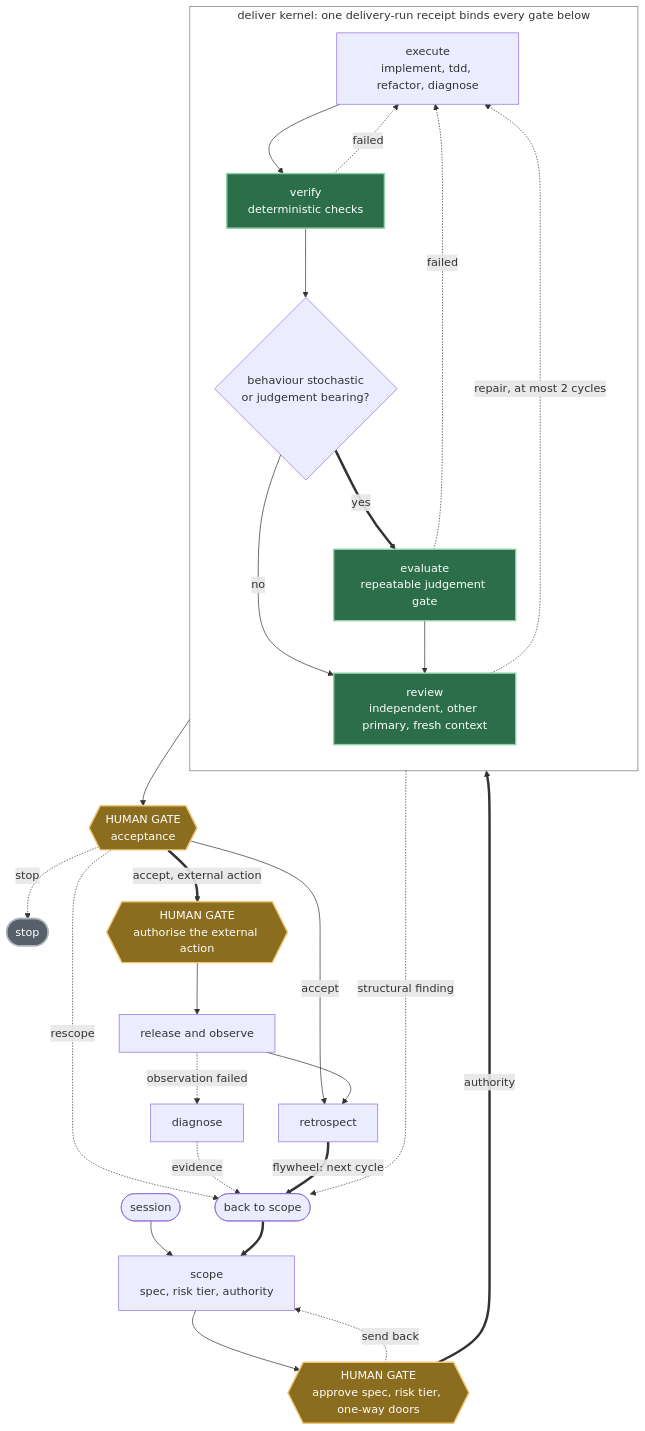
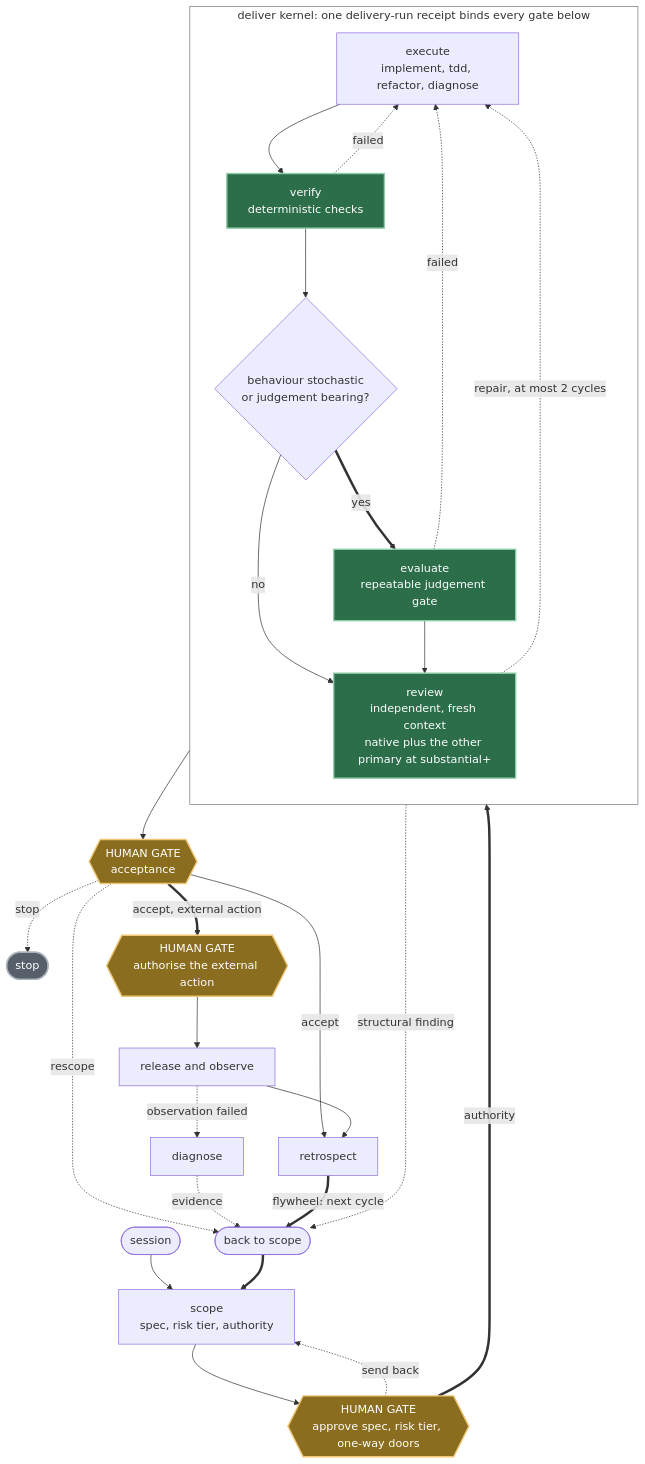
One commit to mblauberg/agent-harness changed the first of 3 diagrams in docs/ARCHITECTURE.md. Above: the diagram before and after it, drawn with Mermaid. The commit also changed other lines of this file and 5 other files, not shown here.

First line of the commit message:
fix: close independent-review findings on the README overhaul

````diff
--- a/docs/ARCHITECTURE.md
+++ b/docs/ARCHITECTURE.md
@@ -40,43 +44,43 @@
 ```mermaid
 flowchart TB
     accTitle: The full delivery lifecycle and its three human gates
-    accDescr: Session prepares context and scope produces the specification, risk tier and authority. A human gate approves the specification or sends it back to scope. Inside the deliver kernel, execute runs implement, tdd, refactor or diagnose, then deterministic verification runs, then a separate conditional evaluate gate runs only when behaviour is stochastic or judgement bearing, then an independent review by the other primary in a fresh context. A failed check or a blocking finding returns to execute for at most two repair cycles. The human acceptance gate accepts, rescopes or stops. Any external action needs a separate human authorisation before release and observation. A failed observation opens diagnose. Every path that returns work to scope, a structural review finding, a rescope at the acceptance gate, diagnostic evidence and the retrospect flywheel, converges on one back-to-scope collector rather than five separate return edges.
+    accDescr: Session prepares context and scope produces the specification, risk tier and authority. A human gate approves the specification or sends it back to scope. Inside the deliver kernel, execute runs implement, tdd, refactor or diagnose, then deterministic verification runs, then a separate conditional evaluate gate runs only when behaviour is stochastic or judgement bearing, then an independent review in a fresh context that never authored the work. Review pressure scales with risk: routine work needs only the chair and its native checks, while substantial and above owe both a fresh native reviewer and the other primary family. A failed check or a blocking finding returns to execute for at most two repair cycles. The human acceptance gate accepts, rescopes or stops. Any external action needs a separate human authorisation before release and observation. A failed observation opens diagnose. Every path that returns work to scope, a structural review finding, a rescope at the acceptance gate, diagnostic evidence and the retrospect flywheel, converges on one back-to-scope collector rather than five separate return edges.
     SE(["session"]) --> SC["scope<br/>spec, risk tier, authority"]
     SC --> G1{{"HUMAN GATE<br/>approve spec, risk tier, one-way doors"}}
     G1 -. "send back" .-> SC
     G1 == "authority" ==> DEL
 
     subgraph DEL["deliver kernel: one delivery-run receipt binds every gate below"]
       direction TB
       EX["execute<br/>implement, tdd, refactor, diagnose"] --> VF["verify<br/>deterministic checks"]
       VF -. "failed" .-> EX
       VF --> Q{"behaviour stochastic<br/>or judgement bearing?"}
       Q -- "no" --> RV
       Q == "yes" ==> EV["evaluate<br/>repeatable judgement gate"]
       EV -. "failed" .-> EX
-      EV --> RV["review<br/>independent, other primary, fresh context"]
+      EV --> RV["review<br/>independent, fresh context<br/>native plus the other primary at substantial+"]
       RV -. "repair, at most 2 cycles" .-> EX
     end
 
     RV --> G2{{"HUMAN GATE<br/>acceptance"}}
     G2 -. "stop" .-> HALT(["stop"])
     G2 -- "accept" --> RT["retrospect"]
     G2 == "accept, external action" ==> G3{{"HUMAN GATE<br/>authorise the external action"}}
     G3 --> RL["release and observe"]
     RL -. "observation failed" .-> DG["diagnose"]
     RL --> RT
 
     RV -. "structural finding" .-> RS
     G2 -. "rescope" .-> RS
     DG -. "evidence" .-> RS
     RT == "flywheel: next cycle" ==> RS
     RS(["back to scope"]) ==> SC
 
     classDef human fill:#8a6d1f,stroke:#f0c674,color:#ffffff,stroke-width:2px
     classDef blocking fill:#2c6e49,stroke:#8fd0aa,color:#ffffff,stroke-width:2px
     classDef inert fill:#57606a,stroke:#adb5bd,color:#ffffff,stroke-width:2px
     class G1,G2,G3 human
     class VF,EV,RV blocking
     class HALT inert
     style DEL fill:none,stroke:#6e7781,stroke-width:1px
 ```
````
